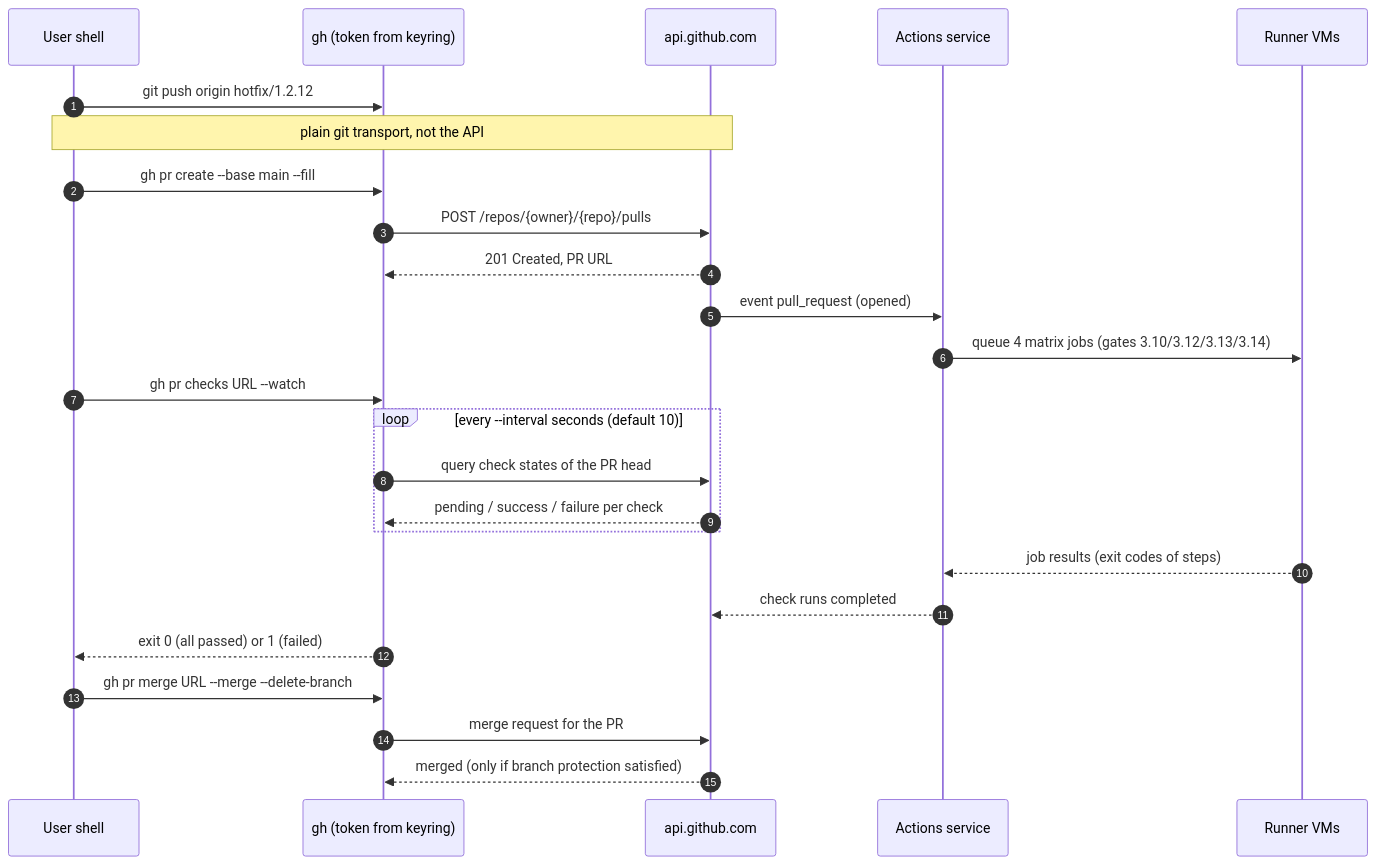
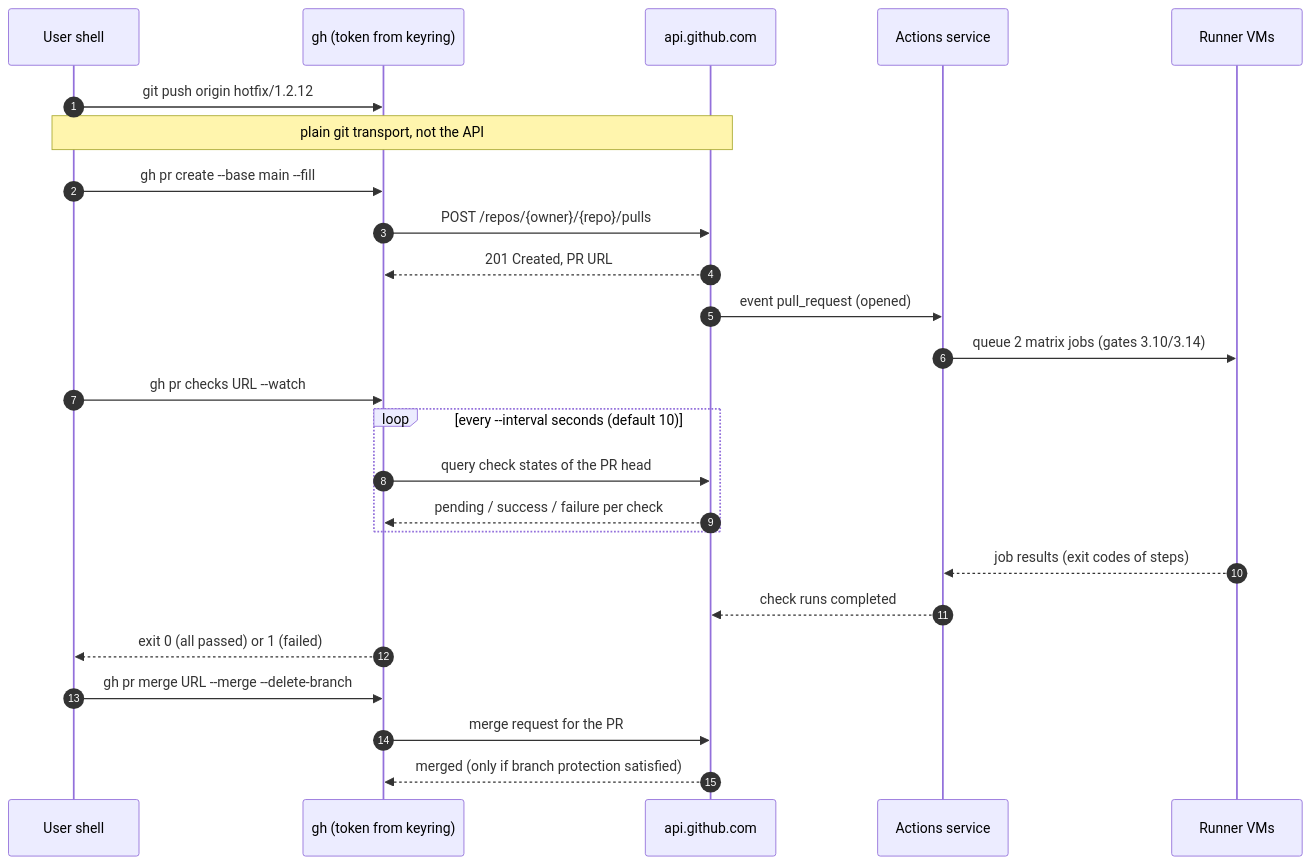
The diagram in docs/img/ci_seq_gh.mmd (peddanet/mediatools), drawn with Mermaid before and after one commit. The commit also changed 20 other files, not shown here.

```diff
--- a/docs/img/ci_seq_gh.mmd
+++ b/docs/img/ci_seq_gh.mmd
@@ -1,25 +1,25 @@
 sequenceDiagram
   autonumber
   participant U as User shell
   participant G as gh (token from keyring)
   participant API as api.github.com
   participant ACT as Actions service
   participant R as Runner VMs
   U->>G: git push origin hotfix/1.2.12
   Note over U,API: plain git transport, not the API
   U->>G: gh pr create --base main --fill
   G->>API: POST /repos/{owner}/{repo}/pulls
   API-->>G: 201 Created, PR URL
   API->>ACT: event pull_request (opened)
-  ACT->>R: queue 4 matrix jobs (gates 3.10/3.12/3.13/3.14)
+  ACT->>R: queue 2 matrix jobs (gates 3.10/3.14)
   U->>G: gh pr checks URL --watch
   loop every --interval seconds (default 10)
     G->>API: query check states of the PR head
     API-->>G: pending / success / failure per check
   end
   R-->>ACT: job results (exit codes of steps)
   ACT-->>API: check runs completed
   G-->>U: exit 0 (all passed) or 1 (failed)
   U->>G: gh pr merge URL --merge --delete-branch
   G->>API: merge request for the PR
   API-->>G: merged (only if branch protection satisfied)
```
